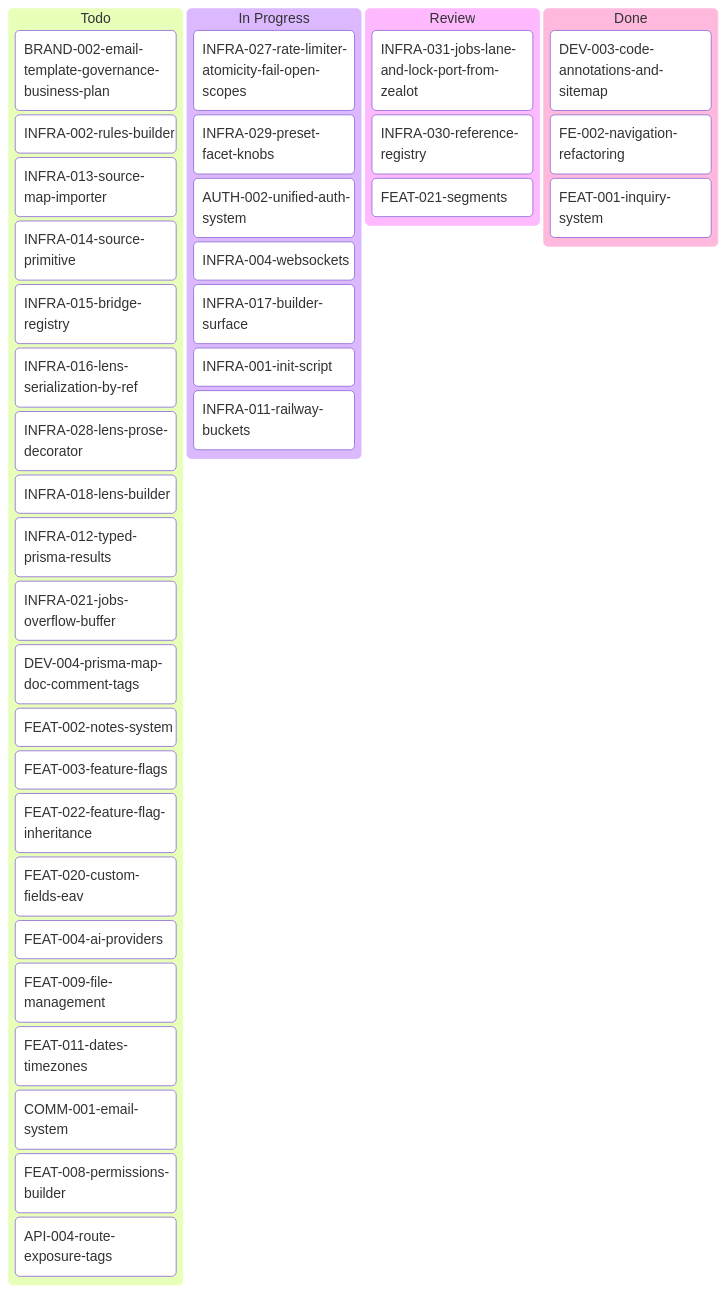
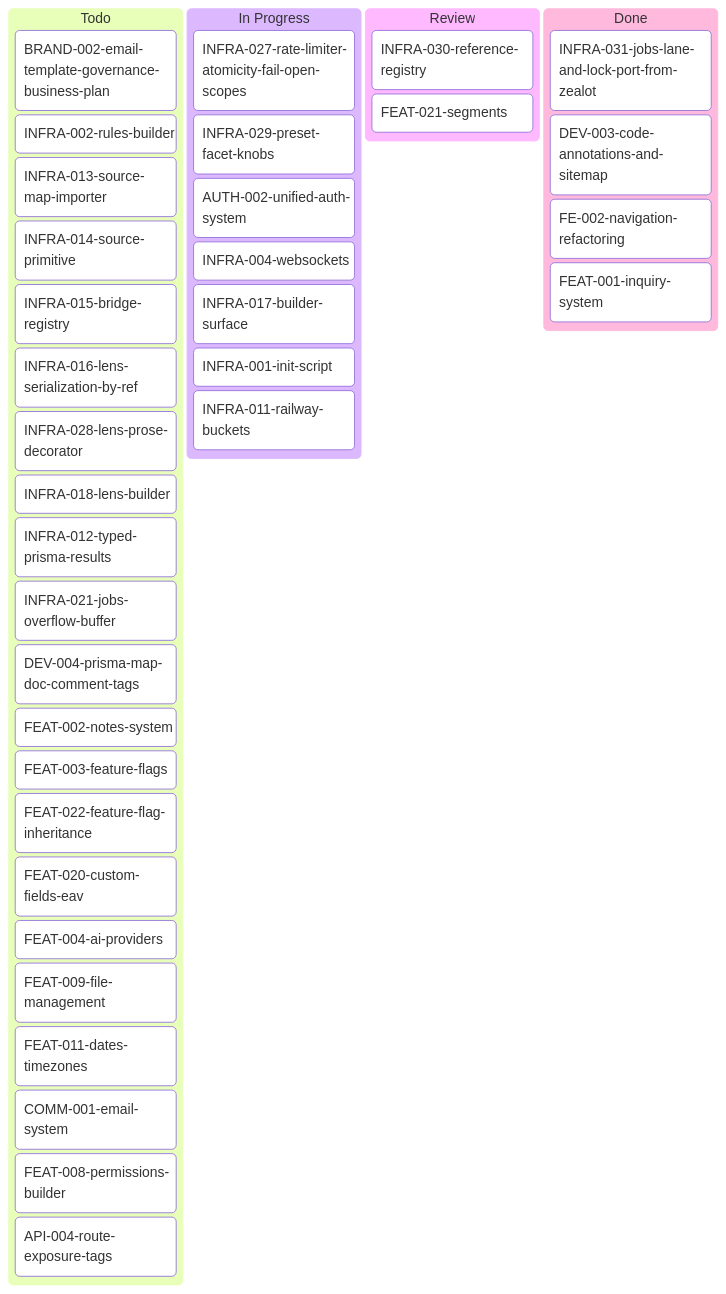
One commit to inixiative/template changed the diagram in tickets/kanban-aron.md. Above: the diagram before and after it, drawn with Mermaid. The commit also changed other lines of this file and 2 other files, not shown here.

First line of the commit message:
docs(INFRA-031): done — slow lane matches Zealot #2438; ticket archived

````diff
--- a/tickets/kanban-aron.md
+++ b/tickets/kanban-aron.md
@@ -3,46 +3,46 @@
 ```mermaid
 ---
 config:
   kanban:
     ticketBaseUrl: 'https://github.com/yourorg/template/blob/main/tickets/#TICKET#'
 ---
 kanban
   Todo
     BRAND-002-email-template-governance-business-plan
     INFRA-002-rules-builder
     INFRA-013-source-map-importer
     INFRA-014-source-primitive
     INFRA-015-bridge-registry
     INFRA-016-lens-serialization-by-ref
     INFRA-028-lens-prose-decorator
     INFRA-018-lens-builder
     INFRA-012-typed-prisma-results
     INFRA-021-jobs-overflow-buffer
     DEV-004-prisma-map-doc-comment-tags
     FEAT-002-notes-system
     FEAT-003-feature-flags
     FEAT-022-feature-flag-inheritance
     FEAT-020-custom-fields-eav
     FEAT-004-ai-providers
     FEAT-009-file-management
     FEAT-011-dates-timezones
     COMM-001-email-system
     FEAT-008-permissions-builder
     API-004-route-exposure-tags
   In Progress
     INFRA-027-rate-limiter-atomicity-fail-open-scopes
     INFRA-029-preset-facet-knobs
     AUTH-002-unified-auth-system
     INFRA-004-websockets
     INFRA-017-builder-surface
     INFRA-001-init-script
     INFRA-011-railway-buckets
   Review
-    INFRA-031-jobs-lane-and-lock-port-from-zealot
     INFRA-030-reference-registry
     FEAT-021-segments
   Done
+    INFRA-031-jobs-lane-and-lock-port-from-zealot
     DEV-003-code-annotations-and-sitemap
     FE-002-navigation-refactoring
     FEAT-001-inquiry-system
 ```
````
